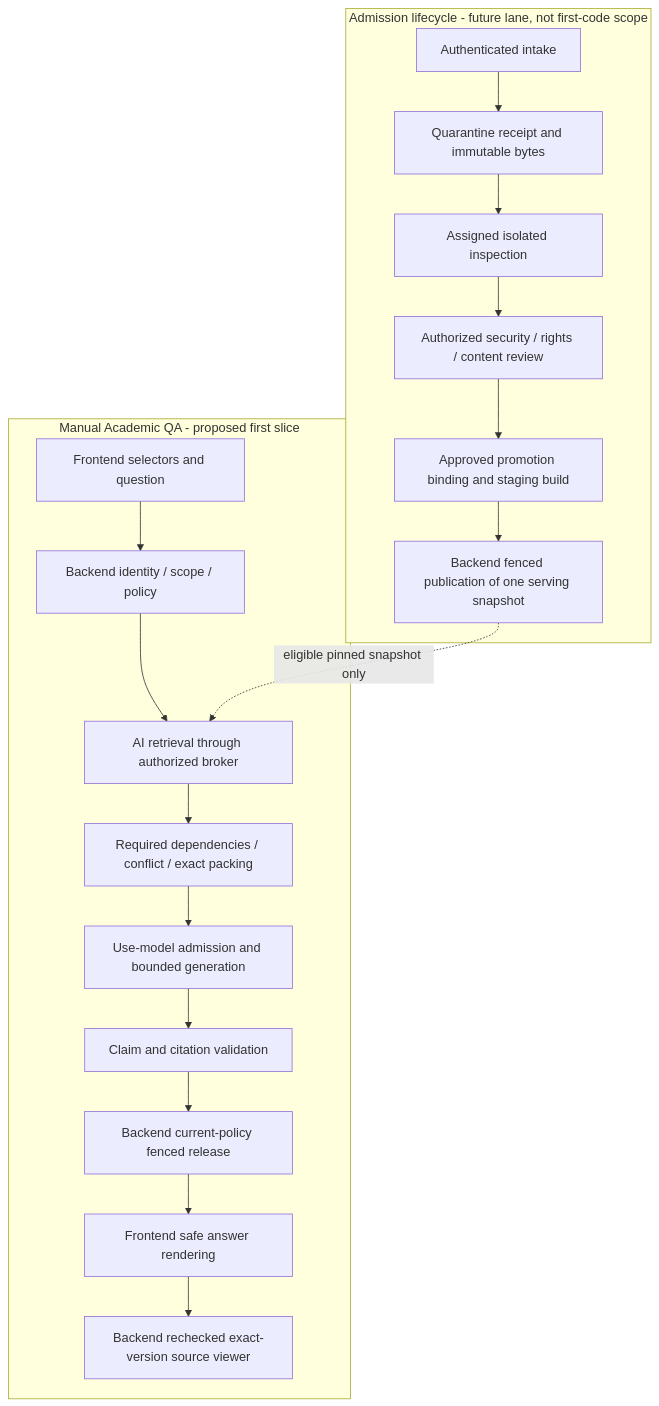
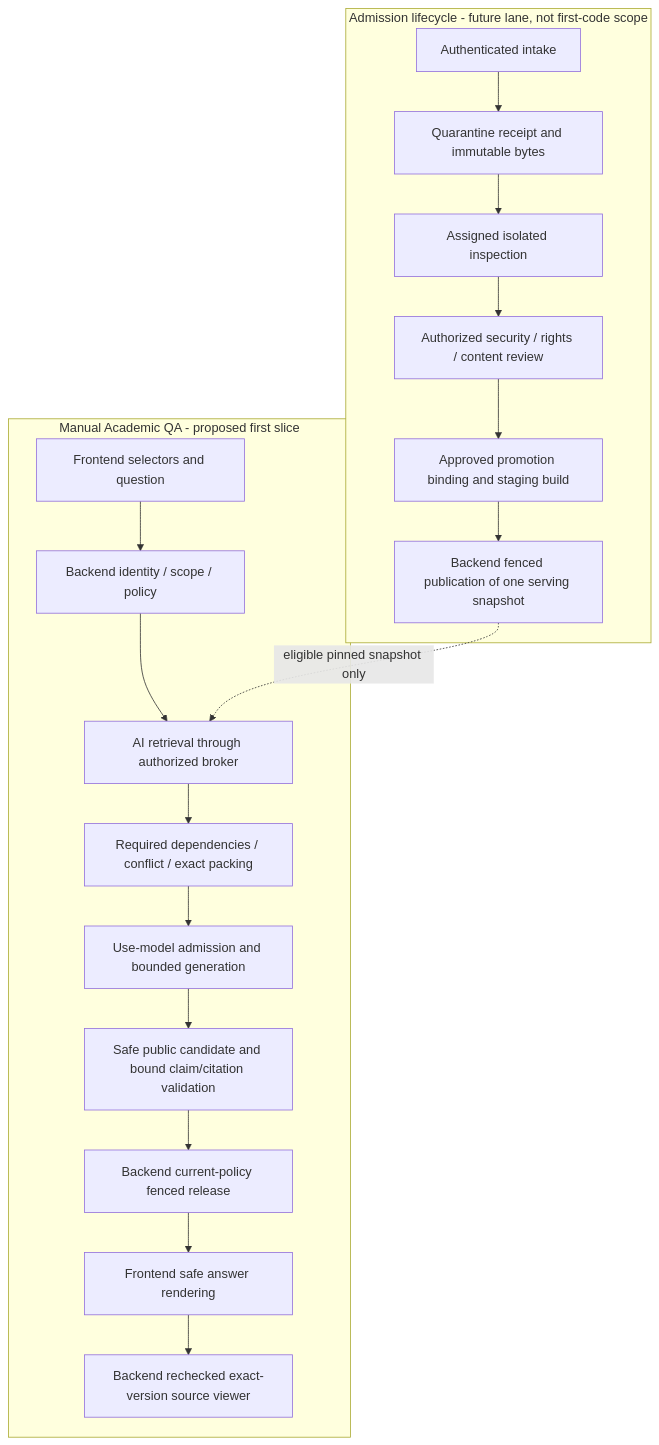
One commit to lovechino/Academic-assistant changed the first of 2 diagrams in docs/architecture/10-ai-core-workflow-review-packet-v0.1.md. Above: the diagram before and after it, drawn with Mermaid. The commit also changed other lines of this file and 72 other files, not shown here.

````diff
--- a/docs/architecture/10-ai-core-workflow-review-packet-v0.1.md
+++ b/docs/architecture/10-ai-core-workflow-review-packet-v0.1.md
@@ -17,21 +17,21 @@
 ```mermaid
 flowchart TB
   subgraph A[Admission lifecycle - future lane, not first-code scope]
     U[Authenticated intake] --> Q[Quarantine receipt and immutable bytes]
     Q --> I[Assigned isolated inspection]
     I --> H[Authorized security / rights / content review]
     H --> S[Approved promotion binding and staging build]
     S --> P[Backend fenced publication of one serving snapshot]
   end
   subgraph B[Manual Academic QA - proposed first slice]
     F[Frontend selectors and question] --> BA[Backend identity / scope / policy]
     BA --> R[AI retrieval through authorized broker]
     R --> K[Required dependencies / conflict / exact packing]
     K --> M[Use-model admission and bounded generation]
-    M --> V[Claim and citation validation]
+    M --> V[Safe public candidate and bound claim/citation validation]
     V --> D[Backend current-policy fenced release]
     D --> UI[Frontend safe answer rendering]
     UI --> SV[Backend rechecked exact-version source viewer]
   end
   P -. eligible pinned snapshot only .-> R
 ```
````
